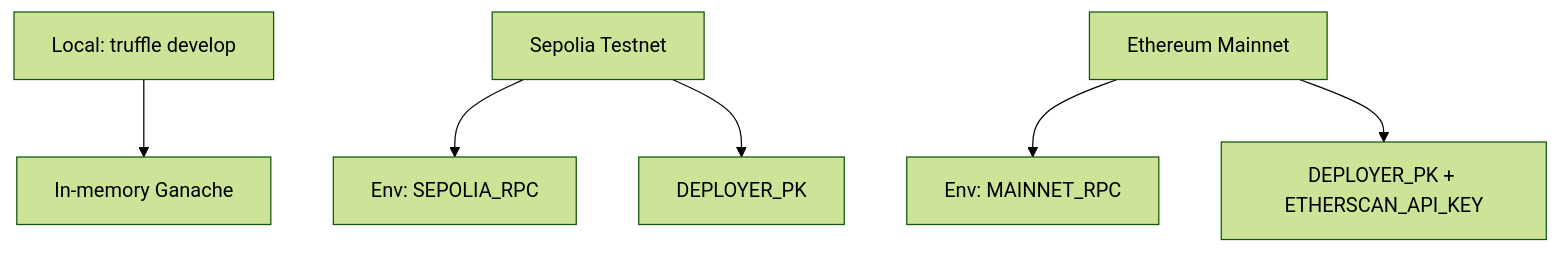
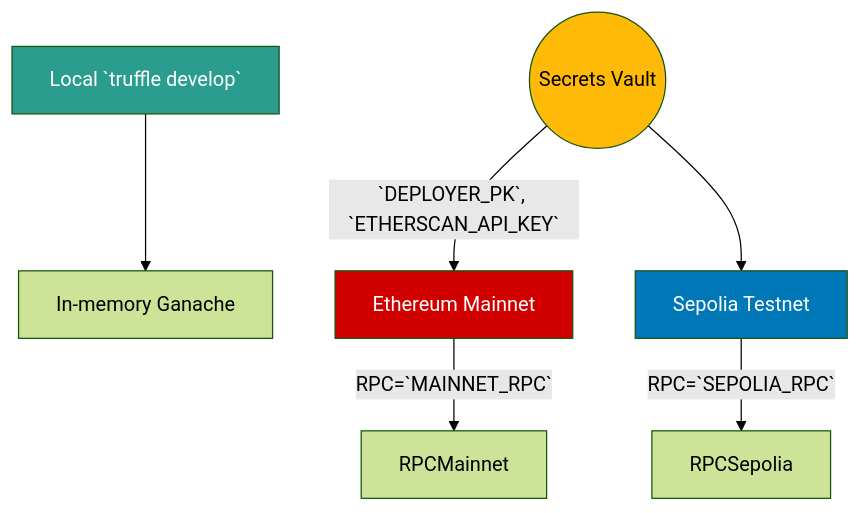
One commit to MontrealAI/agijobs-sovereign-labor-v0p1 changed the second of 4 diagrams in truffle/README.md. Above: the diagram before and after it, drawn with Mermaid (forest theme). The commit also changed other lines of this file, not shown here.

Commit message:
Refresh Truffle command nexus documentation

````diff
--- a/truffle/README.md
+++ b/truffle/README.md
@@ -14,8 +73,13 @@
 ```mermaid
-flowchart TD
-    dev[Local: truffle develop] --> ganache[In-memory Ganache]
-    sepolia[Sepolia Testnet] --> rpcSepolia[Env: SEPOLIA_RPC]
-    mainnet[Ethereum Mainnet] --> rpcMainnet[Env: MAINNET_RPC]
-    sepolia --> secretsSepolia[DEPLOYER_PK]
-    mainnet --> secretsMainnet[DEPLOYER_PK + ETHERSCAN_API_KEY]
+graph TD
+    Local[Local `truffle develop`]:::local --> Ganache[In-memory Ganache]
+    Sepolia[Sepolia Testnet]:::test -->|RPC=`SEPOLIA_RPC`| RPCSepolia
+    Mainnet[Ethereum Mainnet]:::main -->|RPC=`MAINNET_RPC`| RPCMainnet
+    Secrets((Secrets Vault)):::vault -->|`DEPLOYER_PK`, `ETHERSCAN_API_KEY`| Mainnet
+    Secrets --> Sepolia
+
+    classDef local fill:#2a9d8f,color:#fff;
+    classDef test fill:#0077b6,color:#fff;
+    classDef main fill:#d00000,color:#fff;
+    classDef vault fill:#ffba08,color:#000;
 ```
````
